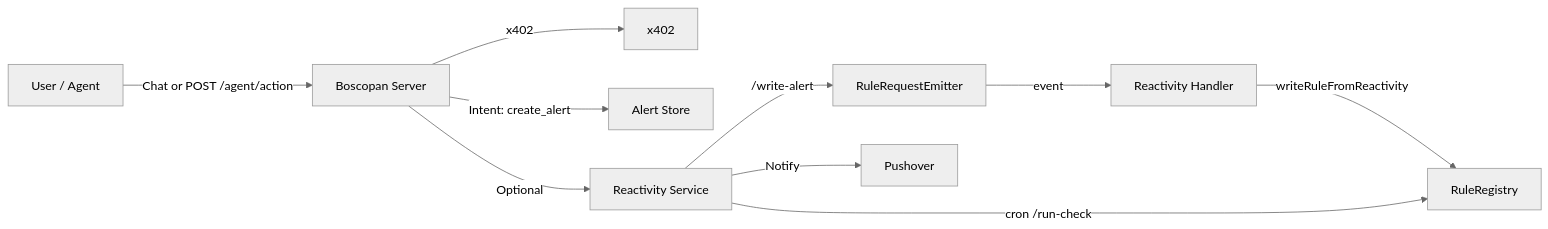
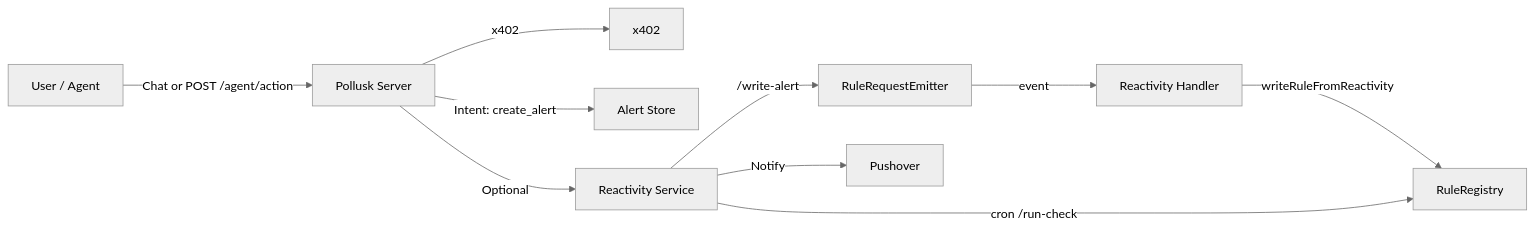
One commit to hoepeyemi/pollusk changed the diagram in README.md. Above: the diagram before and after it, drawn with Mermaid (neutral theme). The commit also changed other lines of this file and 12 other files, not shown here.

````diff
--- a/README.md
+++ b/README.md
@@ -48,12 +48,12 @@
 ```mermaid
 flowchart LR
-    User[User / Agent] -->|Chat or POST /agent/action| Server[Boscopan Server]
+    User[User / Agent] -->|Chat or POST /agent/action| Server[Pollusk Server]
     Server -->|x402| Payments[x402]
     Server -->|Intent: create_alert| Alerts[Alert Store]
     Server -->|Optional| Reactivity[Reactivity Service]
     Reactivity -->|/write-alert| Emitter[RuleRequestEmitter]
     Emitter -->|event| Handler[Reactivity Handler]
     Handler -->|writeRuleFromReactivity| Contract[RuleRegistry]
     Reactivity -->|cron /run-check| Contract
     Reactivity -->|Notify| Pushover[Pushover]
 ```
````
